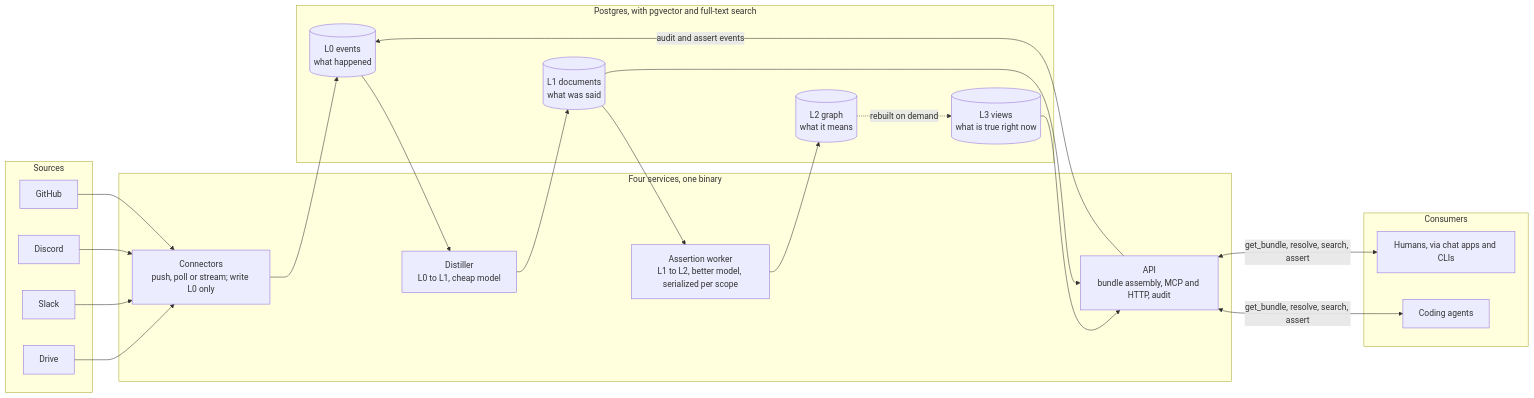
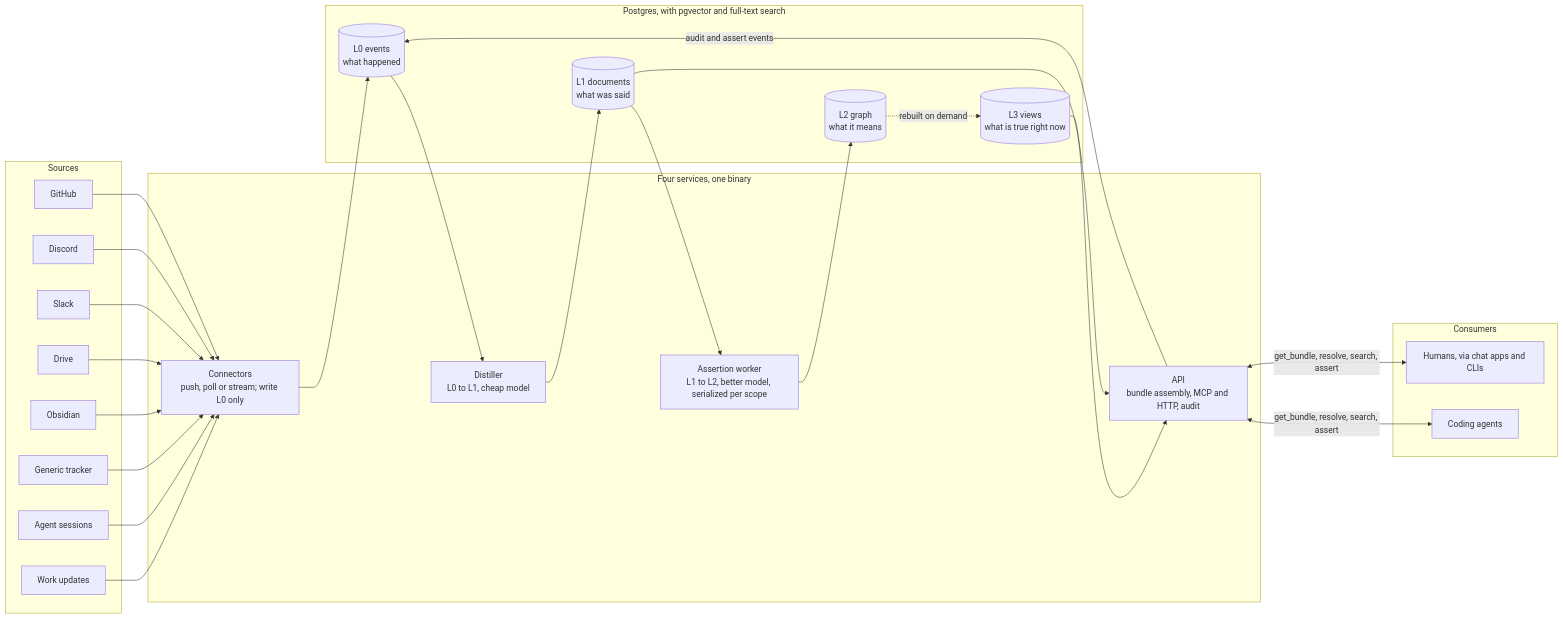
Before and after one commit to kpenfound/hearsay: the diagram in README.md, drawn with Mermaid. The commit also changed other lines of this file and 25 other files, not shown here.

First line of the commit message:
Publish the multi-architecture Hearsay image to GHCR when a version tag… (#246)

````diff
--- a/README.md
+++ b/README.md
@@ -29,38 +34,42 @@
 ```mermaid
 flowchart LR
     subgraph sources["Sources"]
         GH["GitHub"]
         Discord["Discord"]
         Slack["Slack"]
         Drive["Drive"]
+        Obsidian["Obsidian"]
+        Tracker["Generic tracker"]
+        Sessions["Agent sessions"]
+        Work["Work updates"]
     end
 
     subgraph services["Four services, one binary"]
         C["Connectors<br/>push, poll or stream; write L0 only"]
         D["Distiller<br/>L0 to L1, cheap model"]
         A["Assertion worker<br/>L1 to L2, better model, serialized per scope"]
         API["API<br/>bundle assembly, MCP and HTTP, audit"]
     end
 
     subgraph pg["Postgres, with pgvector and full-text search"]
         L0[("L0 events<br/>what happened")]
         L1[("L1 documents<br/>what was said")]
         L2[("L2 graph<br/>what it means")]
         L3[("L3 views<br/>what is true right now")]
     end
 
     subgraph consumers["Consumers"]
         Agent["Coding agents"]
         Human["Humans, via chat apps and CLIs"]
     end
 
-    GH & Discord & Slack & Drive --> C
+    GH & Discord & Slack & Drive & Obsidian & Tracker & Sessions & Work --> C
     C --> L0
     L0 --> D --> L1
     L1 --> A --> L2
     L2 -. "rebuilt on demand" .-> L3
     L3 --> API
     L1 --> API
     API -- "audit and assert events" --> L0
     API <-- "get_bundle, resolve, search, assert" --> Agent & Human
 ```
````
